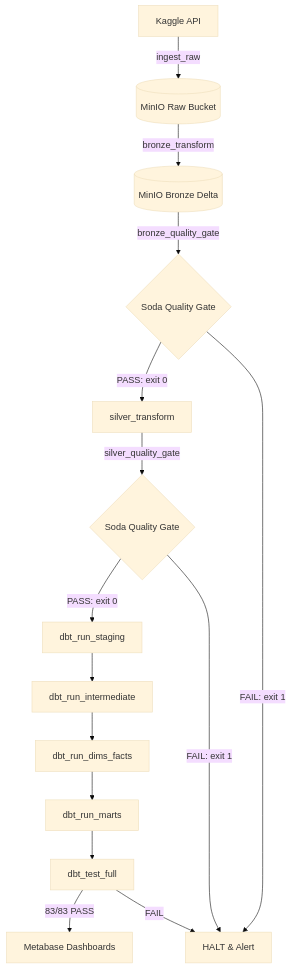
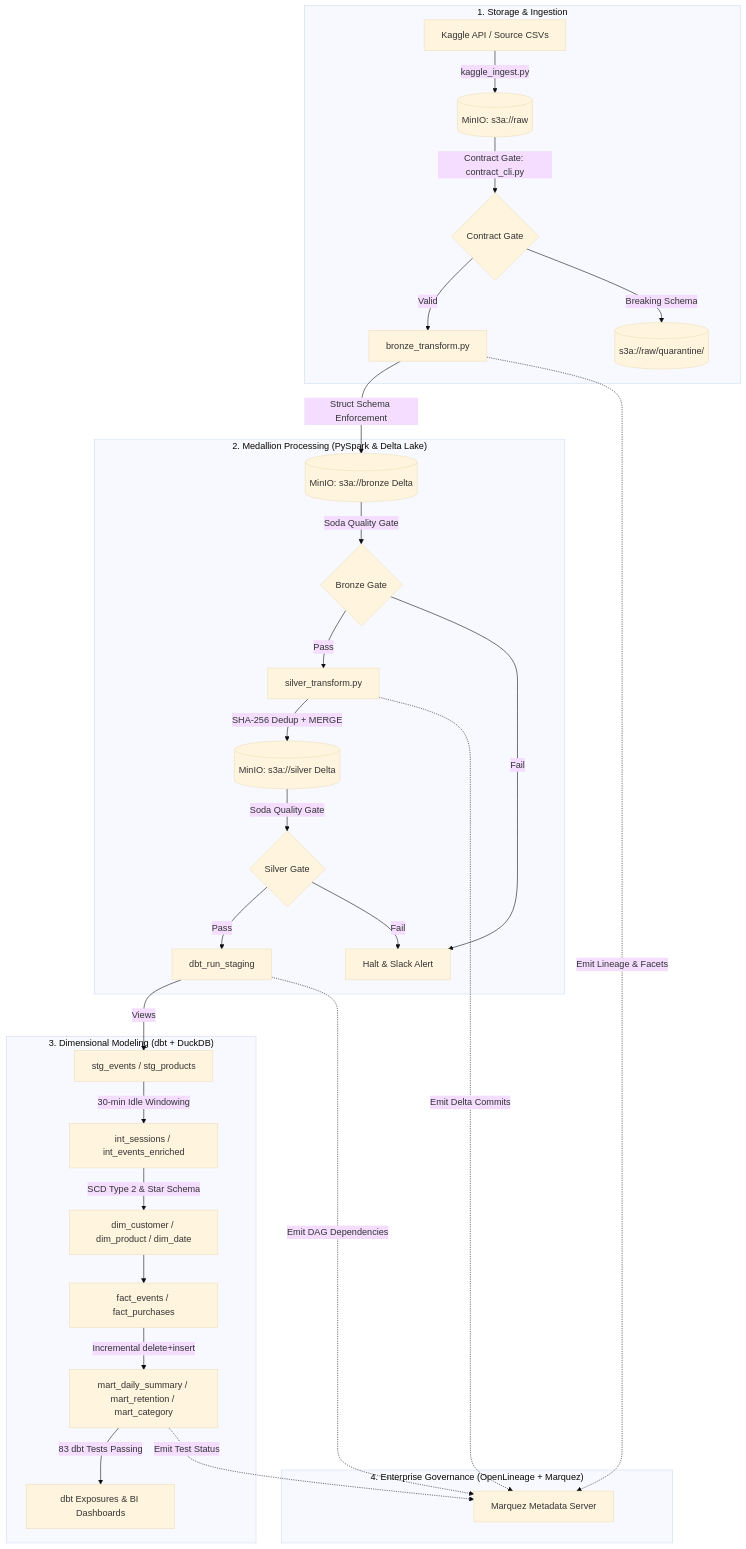
The diagram in README.md (laila-kz/DataLakeHouse_project2-), drawn with Mermaid (base theme) before and after one commit. The commit also changed other lines of this file and 46 other files, not shown here.

Commit message:
complete enterprise lakehouse upgrade with ADRs, Marquez lineage, and reconciliation

````diff
--- a/README.md
+++ b/README.md
@@ -81,17 +23,36 @@
 ```mermaid
 graph TD
-    A[Kaggle API] -->|ingest_raw| B[(MinIO Raw Bucket)]
-    B -->|bronze_transform| C[(MinIO Bronze Delta)]
-    C -->|bronze_quality_gate| D{Soda Quality Gate}
-    D -->|PASS: exit 0| E[silver_transform]
-    D -->|FAIL: exit 1| X[HALT & Alert]
-    E -->|silver_quality_gate| F{Soda Quality Gate}
-    F -->|PASS: exit 0| G[dbt_run_staging]
-    F -->|FAIL: exit 1| X
-    G --> H[dbt_run_intermediate]
-    H --> I[dbt_run_dims_facts]
-    I --> J[dbt_run_marts]
-    J --> K[dbt_test_full]
-    K -->|83/83 PASS| L[Metabase Dashboards]
-    K -->|FAIL| X
+    subgraph Ingestion & Storage ["1. Storage & Ingestion"]
+        A[Kaggle API / Source CSVs] -->|kaggle_ingest.py| B[(MinIO: s3a://raw)]
+        B -->|Contract Gate: contract_cli.py| C{Contract Gate}
+        C -->|Valid| D[bronze_transform.py]
+        C -->|Breaking Schema| Q[(s3a://raw/quarantine/)]
+    end
+
+    subgraph Medallion Compute ["2. Medallion Processing (PySpark & Delta Lake)"]
+        D -->|Struct Schema Enforcement| E[(MinIO: s3a://bronze Delta)]
+        E -->|Soda Quality Gate| F{Bronze Gate}
+        F -->|Pass| G[silver_transform.py]
+        F -->|Fail| H[Halt & Slack Alert]
+        G -->|SHA-256 Dedup + MERGE| I[(MinIO: s3a://silver Delta)]
+        I -->|Soda Quality Gate| J{Silver Gate}
+        J -->|Pass| K[dbt_run_staging]
+        J -->|Fail| H
+    end
+
+    subgraph Analytics & Marts ["3. Dimensional Modeling (dbt + DuckDB)"]
+        K -->|Views| L[stg_events / stg_products]
+        L -->|30-min Idle Windowing| M[int_sessions / int_events_enriched]
+        M -->|SCD Type 2 & Star Schema| N[dim_customer / dim_product / dim_date]
+        N --> O[fact_events / fact_purchases]
+        O -->|Incremental delete+insert| P[mart_daily_summary / mart_retention / mart_category]
+        P -->|83 dbt Tests Passing| R[dbt Exposures & BI Dashboards]
+    end
+
+    subgraph Governance ["4. Enterprise Governance (OpenLineage + Marquez)"]
+        D -.->|Emit Lineage & Facets| OL[Marquez Metadata Server]
+        G -.->|Emit Delta Commits| OL
+        K -.->|Emit DAG Dependencies| OL
+        P -.->|Emit Test Status| OL
+    end
 ```
````
